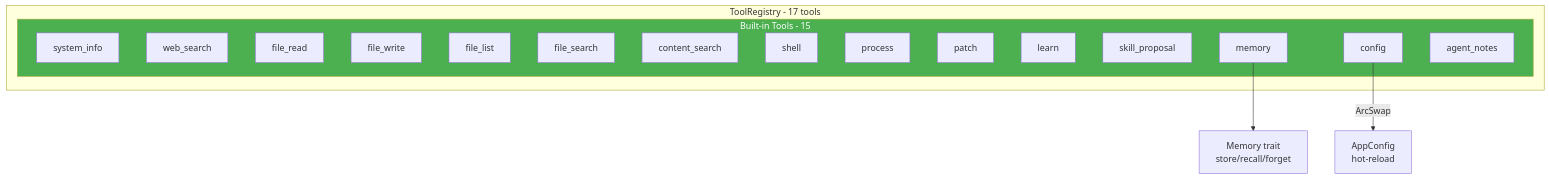
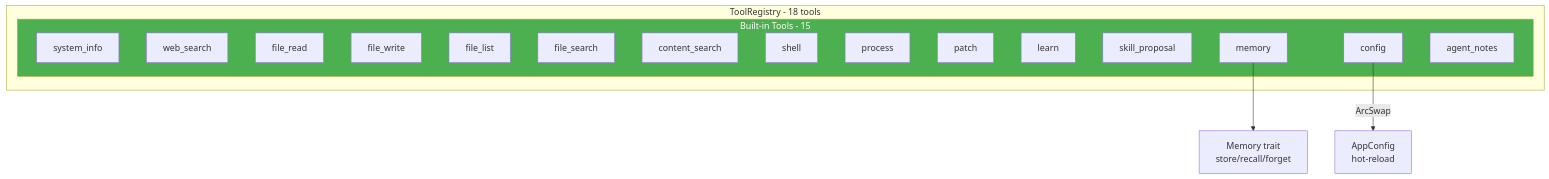
Diagram 18 of 33 in docs-site/docs/architecture.md (sprklai/mesoclaw), drawn with Mermaid before and after one commit. The commit also changed other lines of this file and 11 other files, not shown here.

First line of the commit message:
feat(wiki): stable graph layout with localStorage persistence and loading overlay

````diff
--- a/docs-site/docs/architecture.md
+++ b/docs-site/docs/architecture.md
@@ -1287,27 +1287,27 @@
 ```mermaid
 graph TD
-    subgraph ToolRegistry["ToolRegistry - 17 tools"]
+    subgraph ToolRegistry["ToolRegistry - 18 tools"]
         subgraph Base["Built-in Tools - 15"]
             SysInfo[system_info]
             WebSearch[web_search]
             FileR[file_read]
             FileW[file_write]
             FileL[file_list]
             FileS[file_search]
             ContentS[content_search]
             Shell[shell]
             Process[process]
             Patch[patch]
             Learn[learn]
             SkillP[skill_proposal]
             MemT[memory]
             ConfigT[config]
             AgentSelf["agent_notes"]
         end
     end
 
     ConfigT -->|ArcSwap| Config["AppConfig<br>hot-reload"]
     MemT --> Memory["Memory trait<br>store/recall/forget"]
 
     style Base fill:#4CAF50,color:#fff
 ```
````
